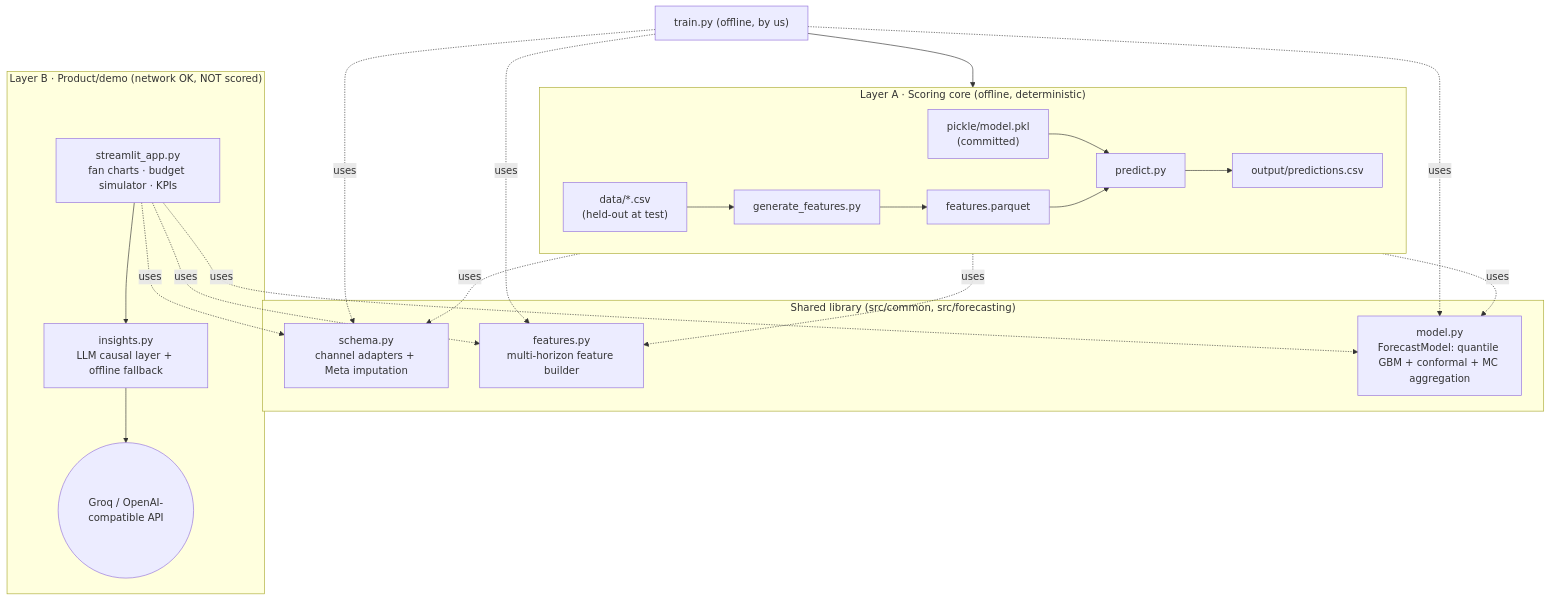
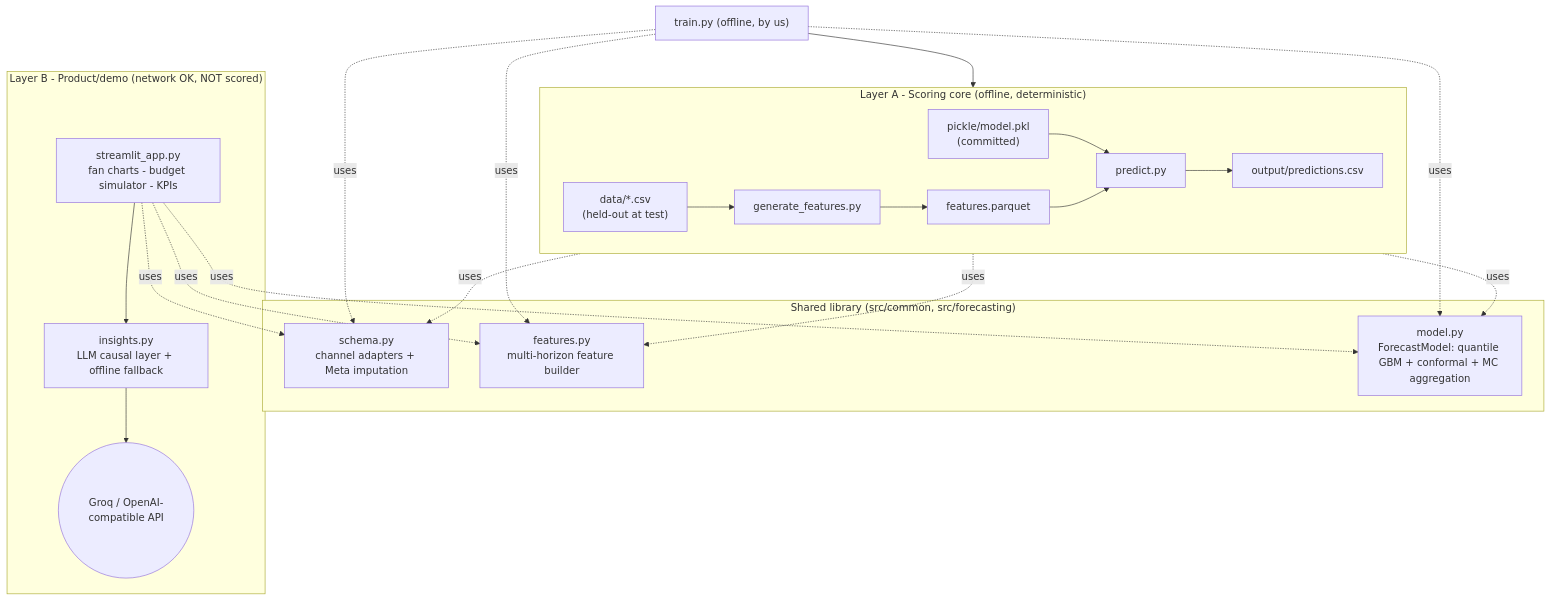
One commit to RAK2315/netElixir changed the diagram in docs/ARCHITECTURE.md. Above: the diagram before and after it, drawn with Mermaid. The commit also changed other lines of this file and 15 other files, not shown here.

````diff
--- a/docs/ARCHITECTURE.md
+++ b/docs/ARCHITECTURE.md
@@ -14,27 +14,27 @@
 ```mermaid
 flowchart TB
-    subgraph A["Layer A · Scoring core (offline, deterministic)"]
+    subgraph A["Layer A - Scoring core (offline, deterministic)"]
         direction LR
         D["data/*.csv<br/>(held-out at test)"] --> GF["generate_features.py"]
         GF --> F["features.parquet"]
         MODEL["pickle/model.pkl<br/>(committed)"] --> PR["predict.py"]
         F --> PR
         PR --> OUT["output/predictions.csv"]
     end
     subgraph COMMON["Shared library (src/common, src/forecasting)"]
         SCH["schema.py<br/>channel adapters + Meta imputation"]
         FEAT["features.py<br/>multi-horizon feature builder"]
         FM["model.py<br/>ForecastModel: quantile GBM + conformal + MC aggregation"]
     end
-    subgraph B["Layer B · Product/demo (network OK, NOT scored)"]
-        APP["streamlit_app.py<br/>fan charts · budget simulator · KPIs"]
+    subgraph B["Layer B - Product/demo (network OK, NOT scored)"]
+        APP["streamlit_app.py<br/>fan charts - budget simulator - KPIs"]
         INS["insights.py<br/>LLM causal layer + offline fallback"]
         LLM(("Groq / OpenAI-compatible API"))
         APP --> INS --> LLM
     end
     GF -.uses.-> SCH & FEAT
     PR -.uses.-> FM
     APP -.uses.-> SCH & FEAT & FM
     TRAIN["train.py (offline, by us)"] --> MODEL
     TRAIN -.uses.-> SCH & FEAT & FM
 ```
````
